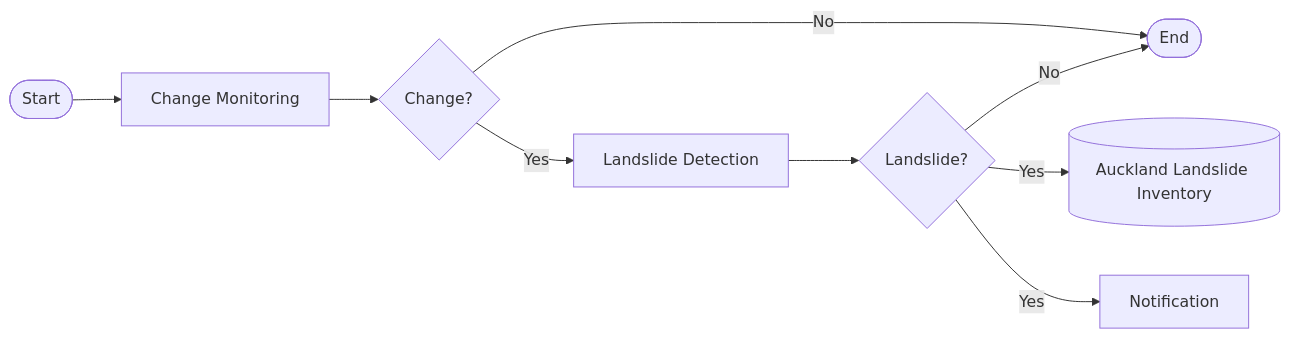
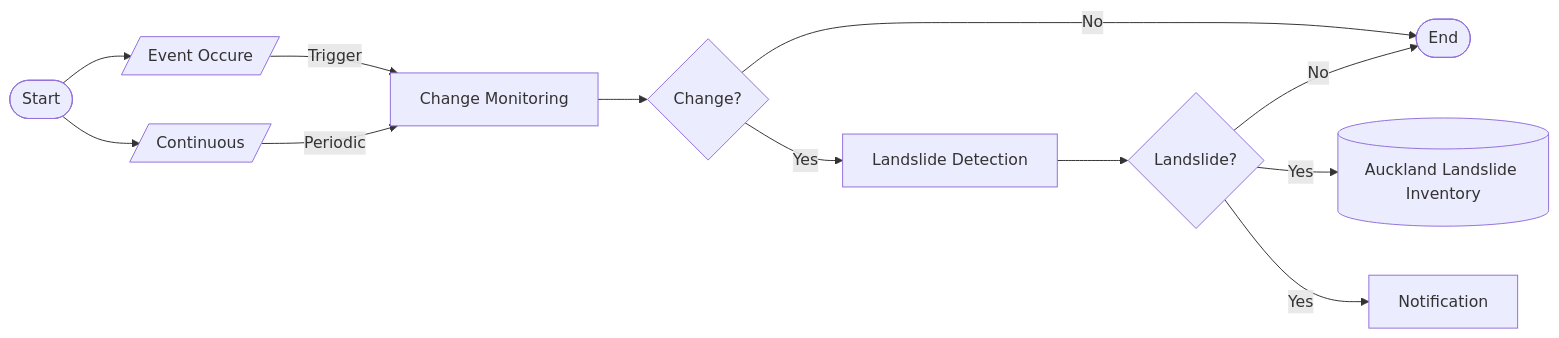
One commit to sisn749/Landslide_Susceptibility_GEOG761 changed the second of 2 diagrams in README.md. Above: the diagram before and after it, drawn with Mermaid. The commit also changed other lines of this file, not shown here.

````diff
--- a/README.md
+++ b/README.md
@@ -47,13 +46,16 @@
 ```mermaid
 flowchart LR
         start(["Start"])
-        start --> change["Change Monitoring"]
+        start --> event[/Event Occure/]
+        start --> continuous[/Continuous/]
+        event --Trigger--> change["Change Monitoring"]
+        continuous --Periodic--> change["Change Monitoring"]
         change --> changed?{"Change?"}
         changed? -- No  --> ter(["End"])
         changed? -- Yes --> detection["Landslide Detection"]
         detection --> landslide?{"Landslide?"}
         landslide? -- No  --> ter(["End"])
         landslide? -- Yes --> save[("Auckland Landslide Inventory")]
         landslide? -- Yes --> alert["Notification"]
 
 ```
````
